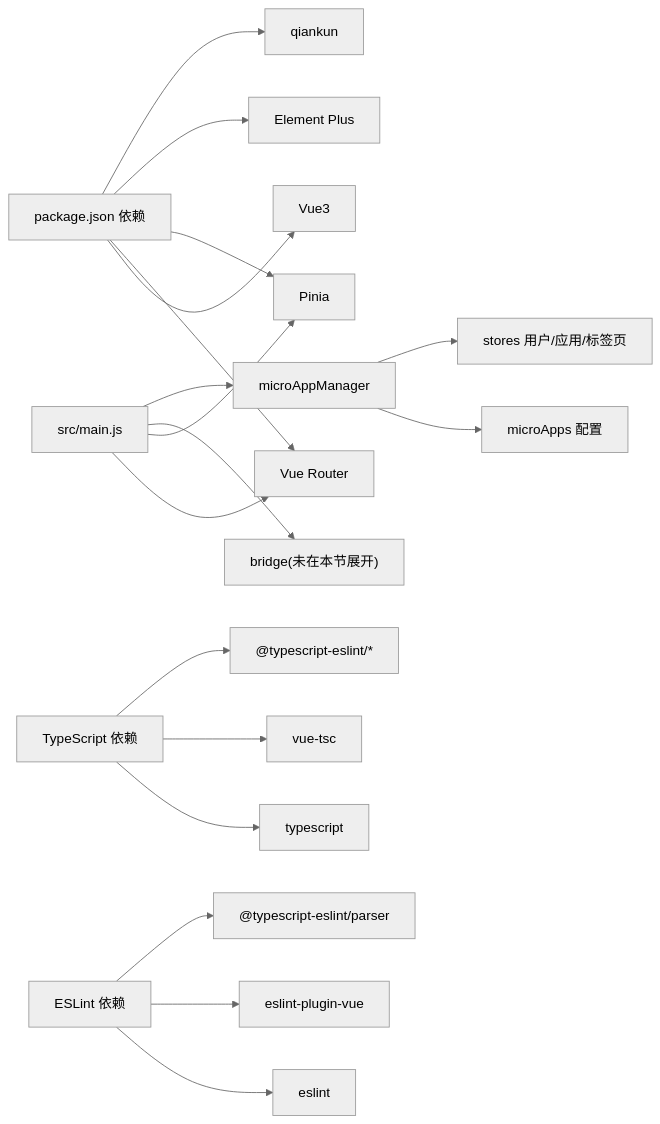
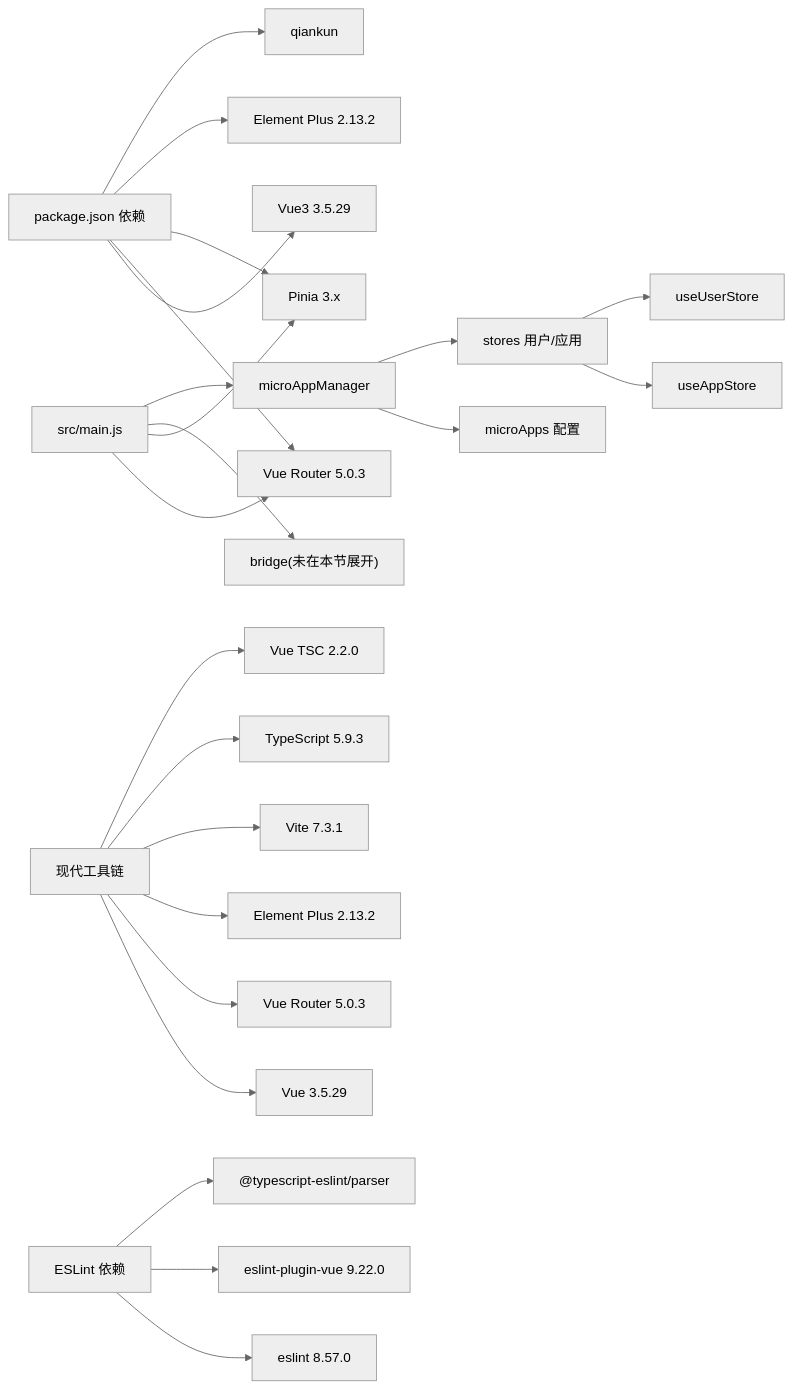
The fourth of 4 diagrams in .qoder/repowiki/zh/content/应用开发/主应用开发.md (my-Sitara/artisan-base-frontend), drawn with Mermaid (neutral theme) before and after one commit. The commit also changed other lines of this file and 25 other files, not shown here.

````diff
--- a/.qoder/repowiki/zh/content/应用开发/主应用开发.md
+++ b/.qoder/repowiki/zh/content/应用开发/主应用开发.md
@@ -326,20 +367,25 @@
 ```mermaid
 graph LR
-P["package.json 依赖"] --> V["Vue3"]
-P --> R["Vue Router"]
-P --> N["Pinia"]
-P --> E["Element Plus"]
+P["package.json 依赖"] --> V["Vue3 3.5.29"]
+P --> R["Vue Router 5.0.3"]
+P --> N["Pinia 3.x"]
+P --> E["Element Plus 2.13.2"]
 P --> K["qiankun"]
-T["TypeScript 依赖"] --> TS["typescript"]
-T --> VTS["vue-tsc"]
-T --> TES["@typescript-eslint/*"]
-L["ESLint 依赖"] --> ESL["eslint"]
-L --> ESLV["eslint-plugin-vue"]
+T["现代工具链"] --> V35["Vue 3.5.29"]
+T --> VR503["Vue Router 5.0.3"]
+T --> EP2132["Element Plus 2.13.2"]
+T --> V731["Vite 7.3.1"]
+T --> TS593["TypeScript 5.9.3"]
+T --> VTS220["Vue TSC 2.2.0"]
+L["ESLint 依赖"] --> ESL["eslint 8.57.0"]
+L --> ESLV["eslint-plugin-vue 9.22.0"]
 L --> ESP["@typescript-eslint/parser"]
 MJS["src/main.js"] --> R
 MJS --> N
 MJS --> BR["bridge(未在本节展开)"]
 MJS --> MM["microAppManager"]
 MM --> MA["microApps 配置"]
-MM --> ST["stores 用户/应用/标签页"]
+MM --> ST["stores 用户/应用"]
+ST --> AS["useAppStore"]
+ST --> US["useUserStore"]
 ```
````
